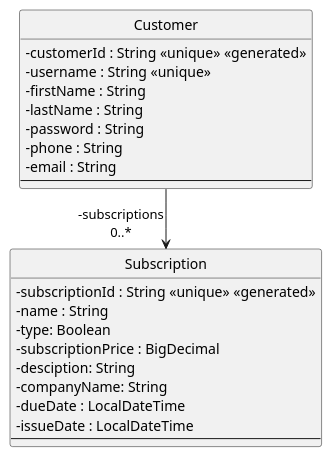
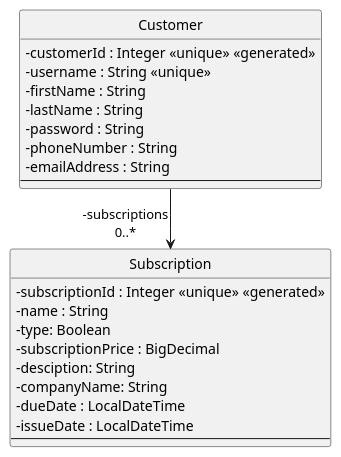
One commit to 62firelight/SubTrack changed the diagram in diagrams/domainClassDiagram.puml. Above: the diagram before and after it, drawn with PlantUML.

Commit message:
Adjusted some data field names and their type

```diff
--- a/diagrams/domainClassDiagram.puml
+++ b/diagrams/domainClassDiagram.puml
@@ -1,53 +1,53 @@
 @startuml
 
 skinparam {
     Style strictuml
     RoundCorner 5
     ' use characters instead of icons for showing visibility
     ClassAttributeIconSize 0
     Database {
 	' the default border no longer matches the normal colours (bug?), so fix this
 	BorderColor #A80036
     }
     Sequence {
 	' make activations yellow too
 	LifeLineBackgroundColor #FDFDCD
 
 	' make stereotypes less ugly
 	Stereotype {
 		Font {
 			Size 11
 			Style plain
 		}
 	}
     }
 }
  
 class "Customer" as customer {
-    -customerId : String <<unique>> <<generated>>
+    -customerId : Integer <<unique>> <<generated>>
     -username : String <<unique>>
     -firstName : String
     -lastName : String
     -password : String
-    -phone : String
-    -email : String
+    -phoneNumber : String
+    -emailAddress : String
     '-card_details? 
   --
 }
 
 class "Subscription" as sub {
-    -subscriptionId : String <<unique>> <<generated>>
+    -subscriptionId : Integer <<unique>> <<generated>>
     -name : String
     -type: Boolean
     -subscriptionPrice : BigDecimal
     -desciption: String
     -companyName: String
     -dueDate : LocalDateTime
     -issueDate : LocalDateTime
   --
 }
 
 customer --> "-subscriptions\n0..*" sub
 
 
 @enduml
```
